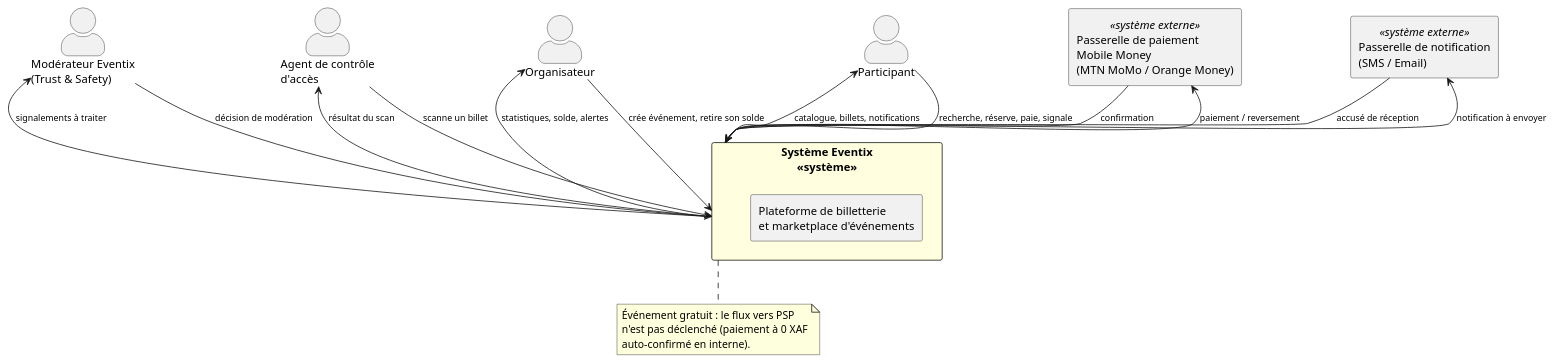
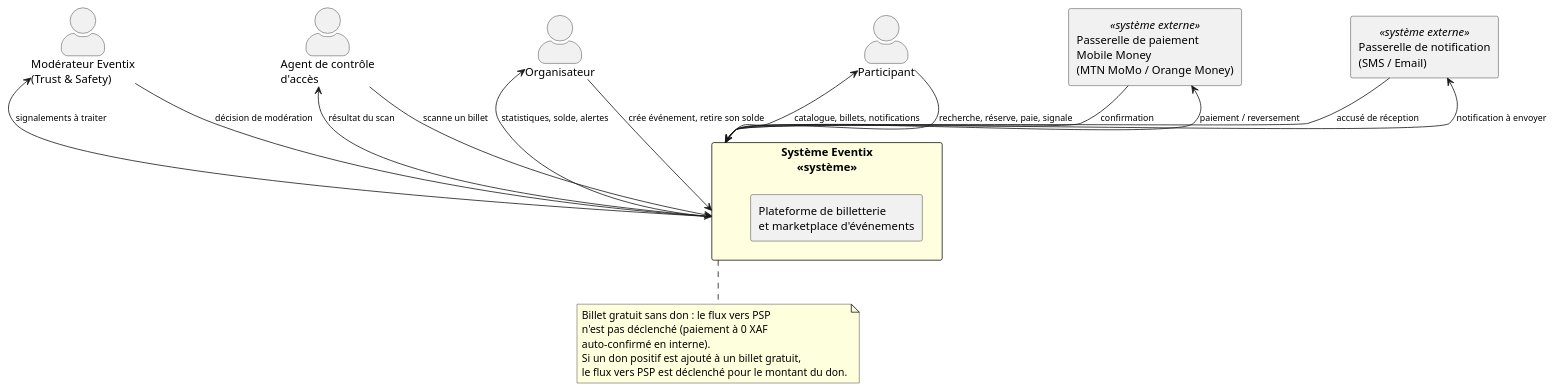
One commit to SamuHabra/eventix-documentation changed the diagram in docs/06-modelisation-uml/diagramme-de-contexte.md. Above: the diagram before and after it, drawn with PlantUML. The commit also changed 67 other files, not shown here.

````diff
--- a/docs/06-modelisation-uml/diagramme-de-contexte.md
+++ b/docs/06-modelisation-uml/diagramme-de-contexte.md
@@ -85,47 +85,49 @@
 ```plantuml
 @startuml diagramme-de-contexte-eventix
 skinparam actorStyle awesome
 skinparam componentStyle rectangle
 skinparam backgroundColor white
 skinparam ArrowFontSize 11
 skinparam nodesep 40
 skinparam ranksep 60
 
 actor "Participant" as PARTICIPANT
 actor "Organisateur" as ORGANISATEUR
 actor "Agent de contrôle\nd'accès" as AGENT
 actor "Modérateur Eventix\n(Trust & Safety)" as MODERATEUR
 
 rectangle "Système Eventix\n<<système>>" as EVENTIX #LightYellow {
   component "Plateforme de billetterie\net marketplace d'événements" as CORE
 }
 
 component "Passerelle de paiement\nMobile Money\n(MTN MoMo / Orange Money)" as PSP <<système externe>>
 component "Passerelle de notification\n(SMS / Email)" as NOTIF <<système externe>>
 
 PARTICIPANT -up-> EVENTIX : recherche, réserve, paie, signale
 EVENTIX -up-> PARTICIPANT : catalogue, billets, notifications
 
 ORGANISATEUR -up-> EVENTIX : crée événement, retire son solde
 EVENTIX -up-> ORGANISATEUR : statistiques, solde, alertes
 
 AGENT -up-> EVENTIX : scanne un billet
 EVENTIX -up-> AGENT : résultat du scan
 
 EVENTIX -up-> MODERATEUR : signalements à traiter
 MODERATEUR -up-> EVENTIX : décision de modération
 
 EVENTIX -down-> PSP : paiement / reversement
 PSP -down-> EVENTIX : confirmation
 
 EVENTIX -down-> NOTIF : notification à envoyer
 NOTIF -down-> EVENTIX : accusé de réception
 
 note bottom of EVENTIX
-  Événement gratuit : le flux vers PSP
+  Billet gratuit sans don : le flux vers PSP
   n'est pas déclenché (paiement à 0 XAF
   auto-confirmé en interne).
+  Si un don positif est ajouté à un billet gratuit,
+  le flux vers PSP est déclenché pour le montant du don.
 end note
 
 @enduml
 ```
````
